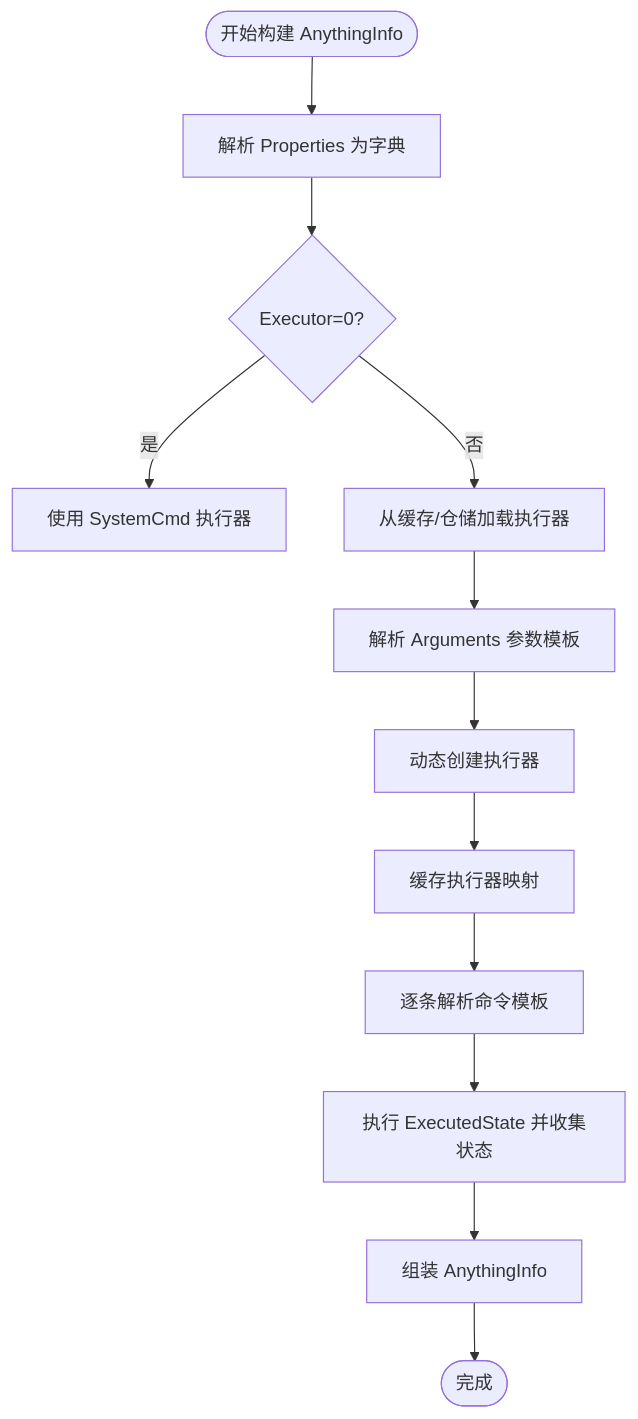
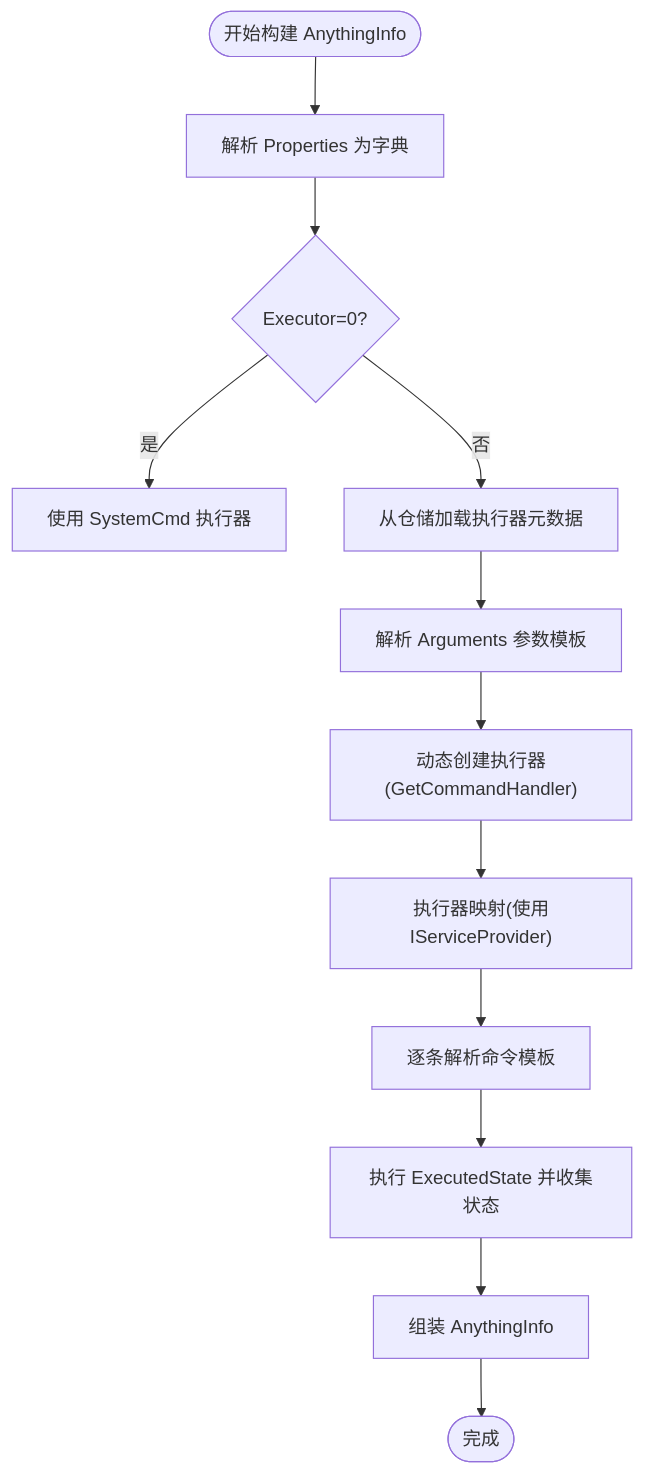
One commit to Sosososolong/AirGo changed the seventh of 9 diagrams in .qoder/repowiki/zh/content/项目概述/核心特性/远程主机管理/AnythingService 核心功能.md. Above: the diagram before and after it, drawn with Mermaid. The commit also changed other lines of this file and 7 other files, not shown here.

````diff
--- a/.qoder/repowiki/zh/content/项目概述/核心特性/远程主机管理/AnythingService 核心功能.md
+++ b/.qoder/repowiki/zh/content/项目概述/核心特性/远程主机管理/AnythingService 核心功能.md
@@ -327,14 +352,14 @@
 ```mermaid
 flowchart TD
 Start(["开始构建 AnythingInfo"]) --> Props["解析 Properties 为字典"]
 Props --> ExecSel{"Executor=0?"}
 ExecSel --> |是| UseSys["使用 SystemCmd 执行器"]
-ExecSel --> |否| LoadExec["从缓存/仓储加载执行器"]
+ExecSel --> |否| LoadExec["从仓储加载执行器元数据"]
 LoadExec --> Args["解析 Arguments 参数模板"]
-Args --> CreateExec["动态创建执行器"]
-CreateExec --> Map["缓存执行器映射"]
+Args --> CreateExec["动态创建执行器(GetCommandHandler)"]
+CreateExec --> Map["执行器映射(使用IServiceProvider)"]
 Map --> Cmds["逐条解析命令模板"]
 Cmds --> State["执行 ExecutedState 并收集状态"]
 State --> Build["组装 AnythingInfo"]
 Build --> End(["完成"])
 ```
````
